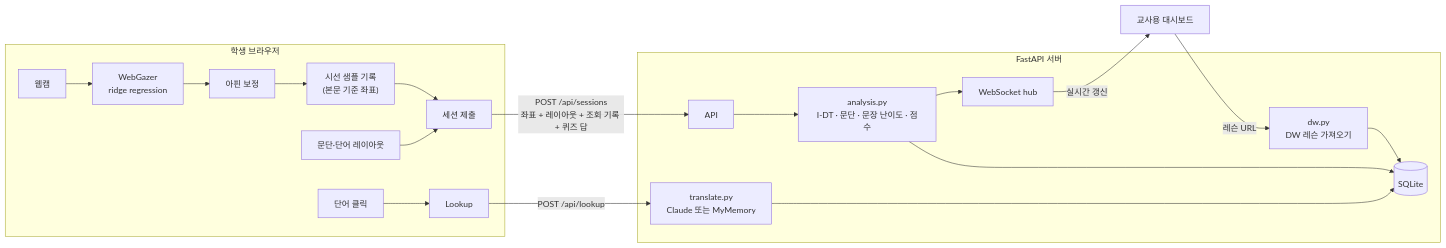
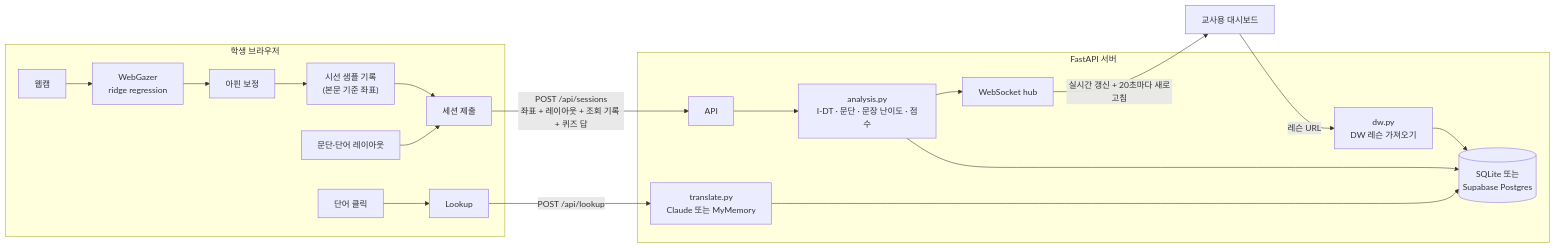
Before and after one commit to GHLee1016/Lesen-Fuer-Studenten: the diagram in README.md, drawn with Mermaid. The commit also changed other lines of this file and 5 other files, not shown here.

First line of the commit message:
build: deploy to Vercel with Supabase Postgres

````diff
--- a/README.md
+++ b/README.md
@@ -44,22 +44,22 @@
 ```mermaid
 flowchart LR
   subgraph Browser["학생 브라우저"]
     Cam[웹캠] --> WG[WebGazer<br/>ridge regression]
     WG --> Aff[아핀 보정]
     Aff --> Rec["시선 샘플 기록<br/>(본문 기준 좌표)"]
     Layout["문단·단어 레이아웃"] --> Post
     Click[단어 클릭] --> Lookup
     Rec --> Post[세션 제출]
   end
   Post -->|"POST /api/sessions<br/>좌표 + 레이아웃 + 조회 기록 + 퀴즈 답"| API
   Lookup -->|POST /api/lookup| Tr
   subgraph Server["FastAPI 서버"]
     API --> Ana["analysis.py<br/>I-DT · 문단 · 문장 난이도 · 점수"]
     Tr["translate.py<br/>Claude 또는 MyMemory"] --> DB
     DWI["dw.py<br/>DW 레슨 가져오기"] --> DB
-    Ana --> DB[(SQLite)]
+    Ana --> DB[(SQLite 또는<br/>Supabase Postgres)]
     Ana --> Hub[WebSocket hub]
   end
-  Hub -->|실시간 갱신| Admin[교사용 대시보드]
+  Hub -->|실시간 갱신 + 20초마다 새로고침| Admin[교사용 대시보드]
   Admin -->|레슨 URL| DWI
 ```
````
